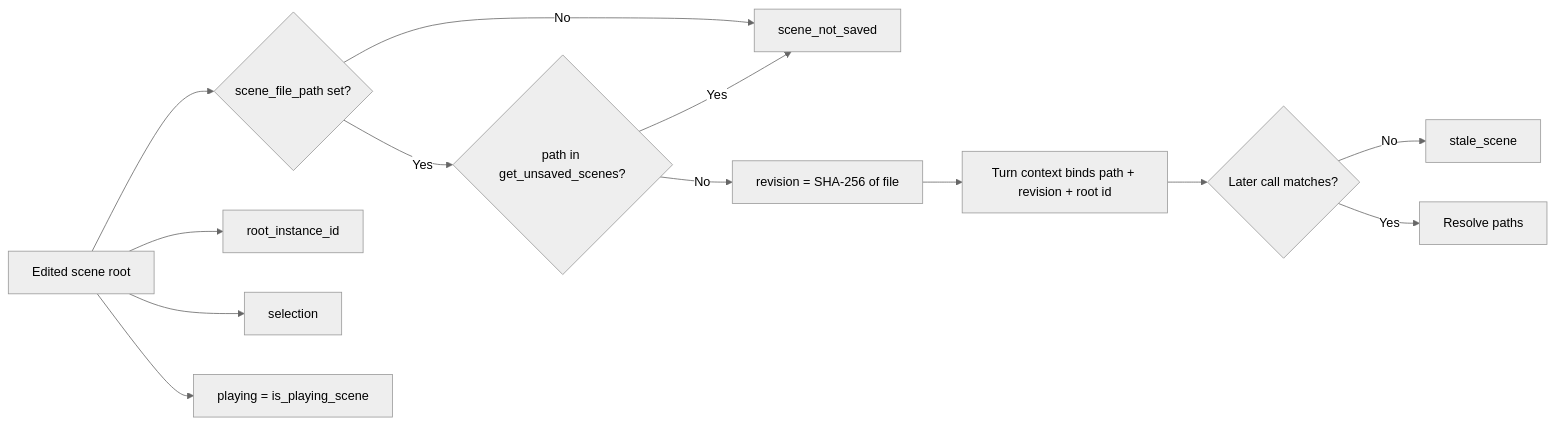
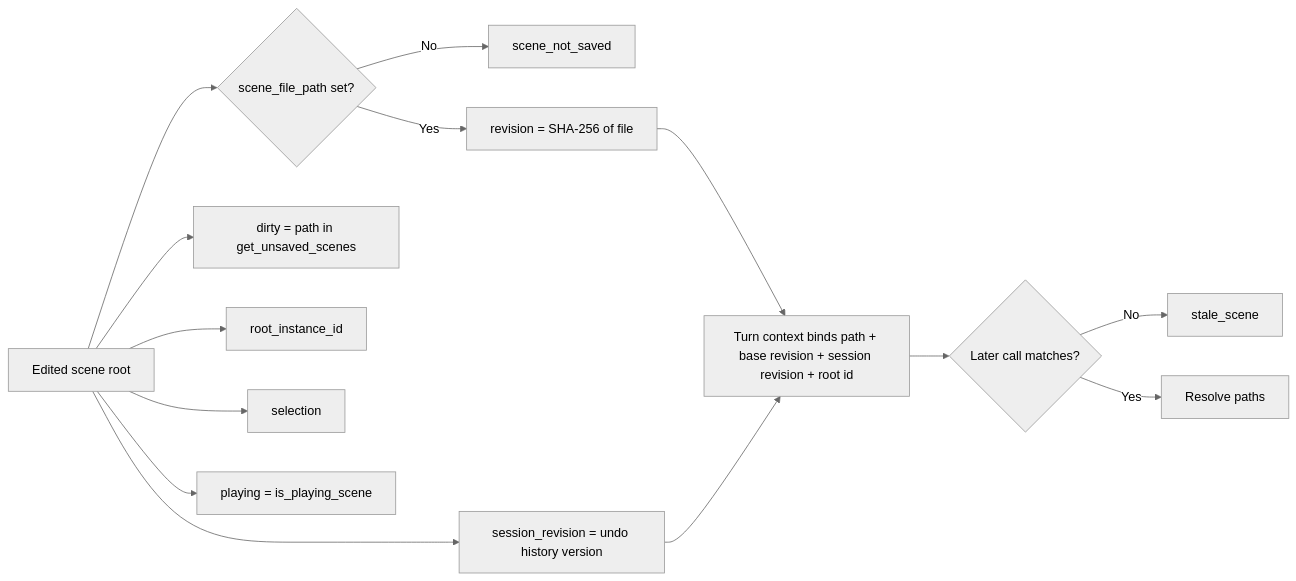
Before and after one commit to longjoel/tiiny-godot: the second of 6 diagrams in plan/mockups/05-workspace-inspection-diagrams.md, drawn with Mermaid (neutral theme). The commit also changed other lines of this file and 28 other files, not shown here.

````diff
--- a/plan/mockups/05-workspace-inspection-diagrams.md
+++ b/plan/mockups/05-workspace-inspection-diagrams.md
@@ -37,15 +38,16 @@
 ```mermaid
 flowchart LR
     A[Edited scene root] --> B{scene_file_path set?}
     B -- No --> D[scene_not_saved]
-    B -- Yes --> C{path in get_unsaved_scenes?}
-    C -- Yes --> D
-    C -- No --> E[revision = SHA-256 of file]
-    A --> F[root_instance_id]
-    A --> G[selection]
-    A --> H[playing = is_playing_scene]
-    E --> I[Turn context binds path + revision + root id]
-    I --> J{Later call matches?}
-    J -- No --> K[stale_scene]
-    J -- Yes --> L[Resolve paths]
+    B -- Yes --> E[revision = SHA-256 of file]
+    A --> F[session_revision = undo history version]
+    A --> G[dirty = path in get_unsaved_scenes]
+    A --> H[root_instance_id]
+    A --> I[selection]
+    A --> J[playing = is_playing_scene]
+    E --> K[Turn context binds path + base revision + session revision + root id]
+    F --> K
+    K --> L{Later call matches?}
+    L -- No --> M[stale_scene]
+    L -- Yes --> N[Resolve paths]
 ```
````
